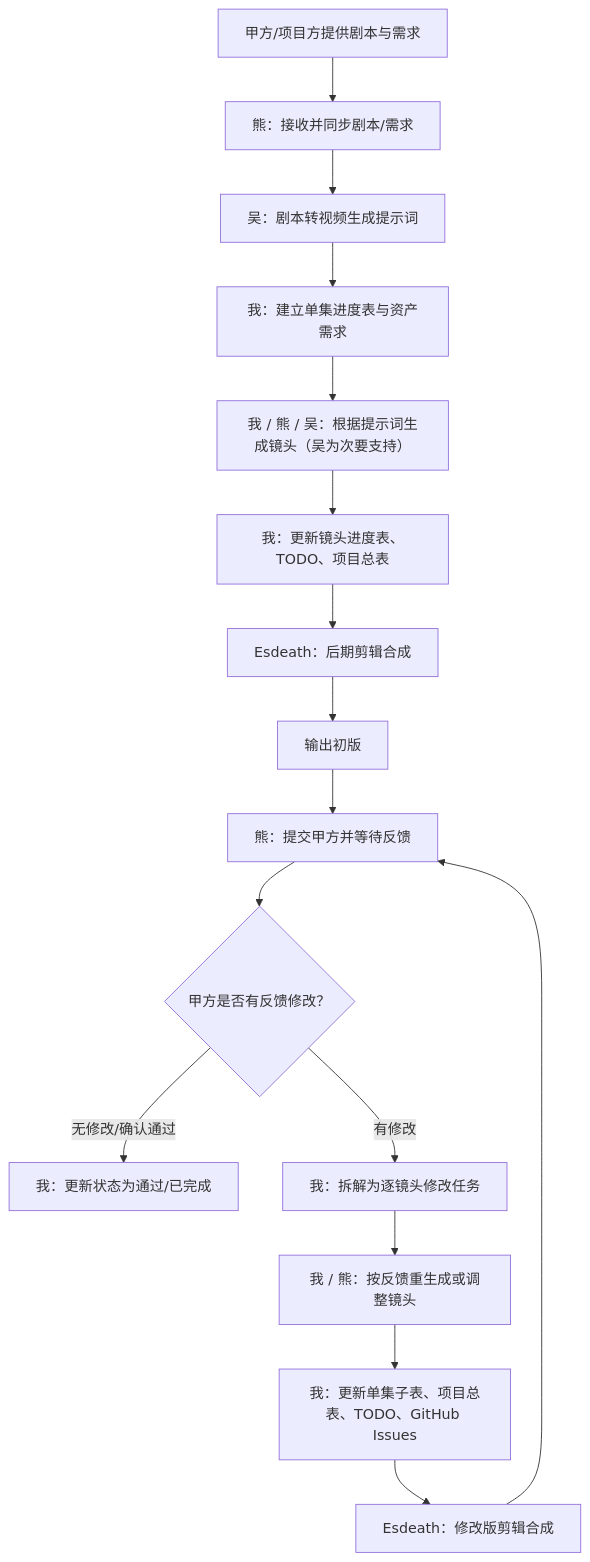
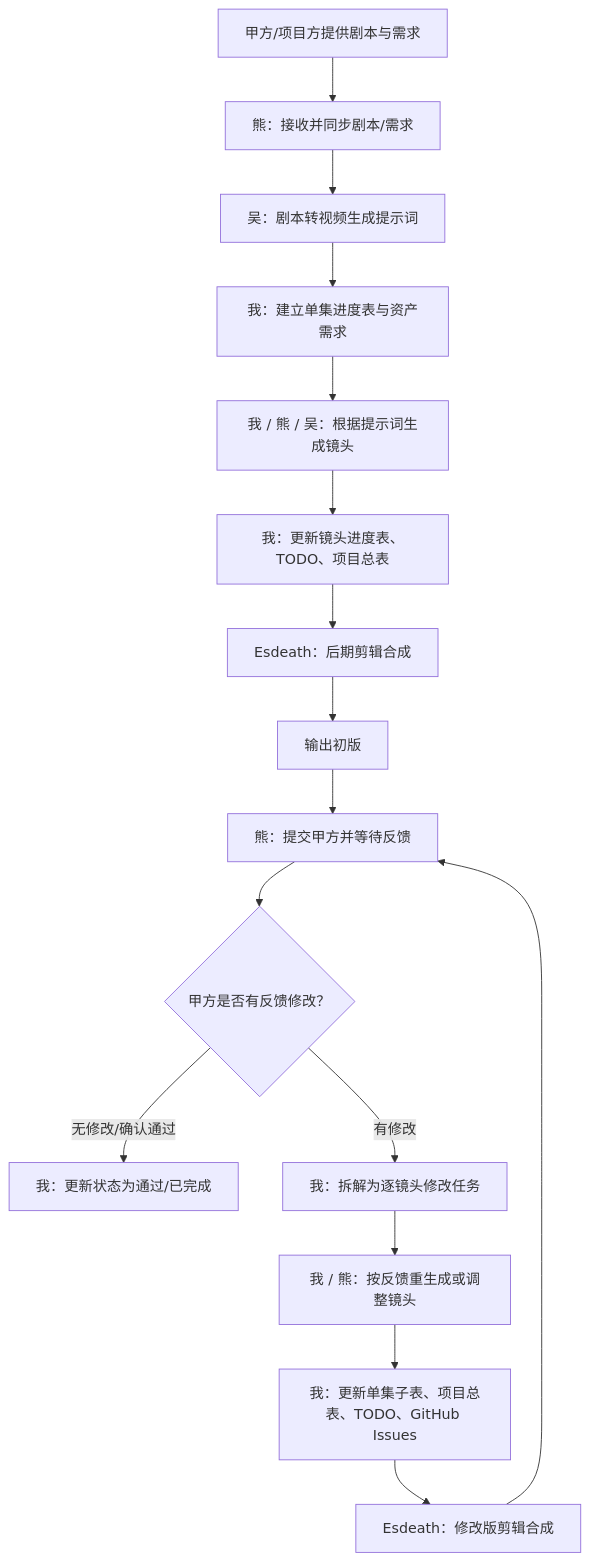
Before and after one commit to Patrick-MY/YeLoli_Epsidoe: the first of 3 diagrams in 工作流程图.md, drawn with Mermaid. The commit also changed other lines of this file and 3 other files, not shown here.

````diff
--- a/工作流程图.md
+++ b/工作流程图.md
@@ -5,18 +5,18 @@
 ```mermaid
 flowchart TD
     A["甲方/项目方提供剧本与需求"] --> B["熊：接收并同步剧本/需求"]
     B --> C["吴：剧本转视频生成提示词"]
     C --> D["我：建立单集进度表与资产需求"]
-    D --> E["我 / 熊 / 吴：根据提示词生成镜头（吴为次要支持）"]
+    D --> E["我 / 熊 / 吴：根据提示词生成镜头"]
     E --> F["我：更新镜头进度表、TODO、项目总表"]
     F --> G["Esdeath：后期剪辑合成"]
     G --> H["输出初版"]
     H --> I["熊：提交甲方并等待反馈"]
     I --> J{"甲方是否有反馈修改？"}
     J -- "无修改/确认通过" --> K["我：更新状态为通过/已完成"]
     J -- "有修改" --> L["我：拆解为逐镜头修改任务"]
     L --> M["我 / 熊：按反馈重生成或调整镜头"]
     M --> N["我：更新单集子表、项目总表、TODO、GitHub Issues"]
     N --> O["Esdeath：修改版剪辑合成"]
     O --> I
 ```
````
